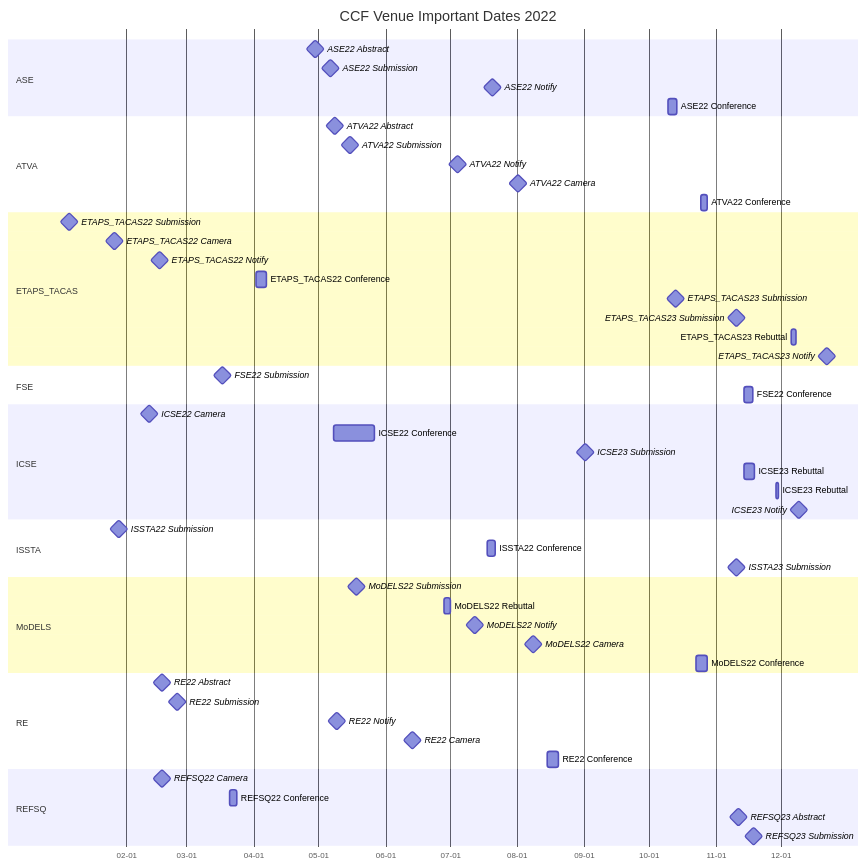
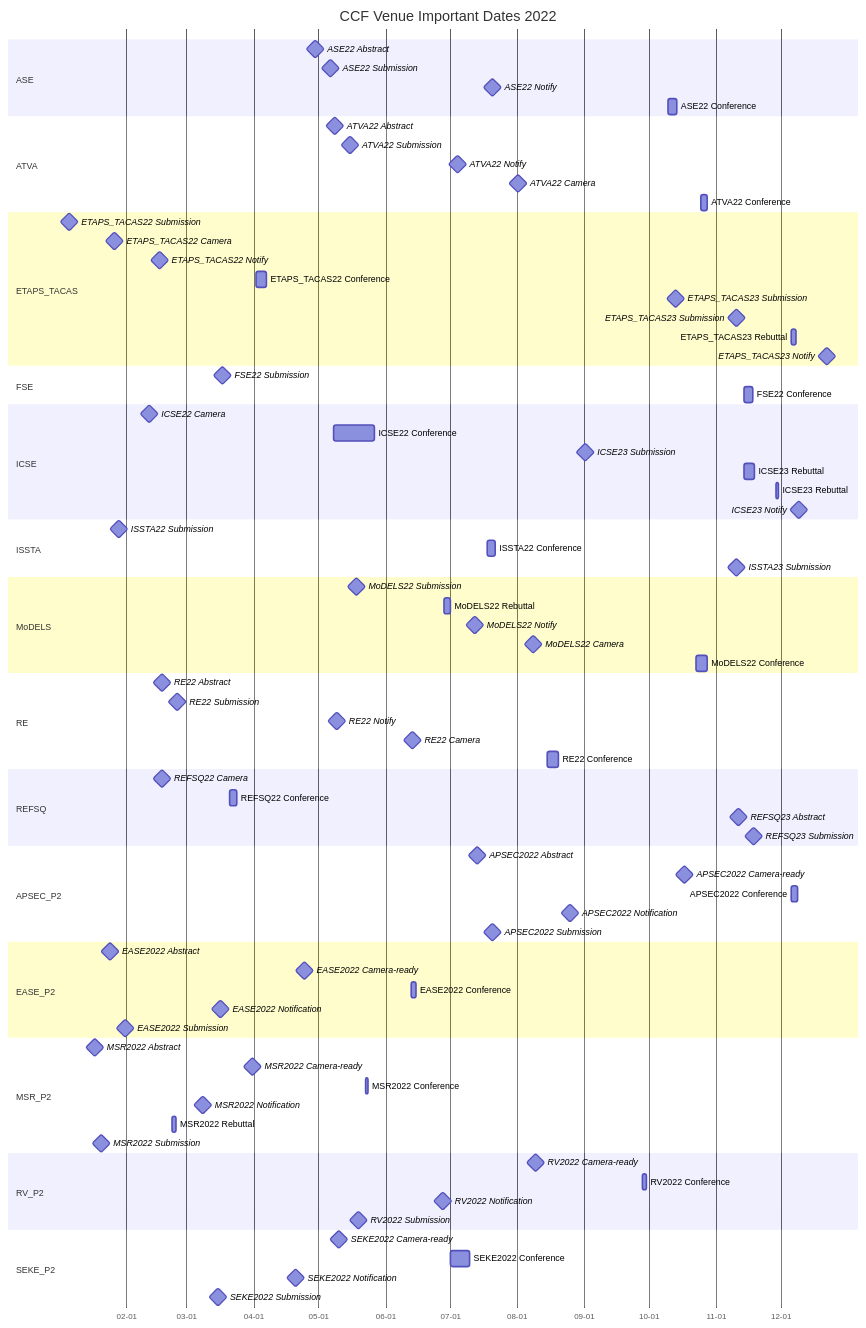
One commit to HansBug/research_ideas changed the seventh of 9 diagrams in ccf_venues/TIMELINE.md. Above: the diagram before and after it, drawn with Mermaid. The commit also changed other lines of this file and 44 other files, not shown here.

````diff
--- a/ccf_venues/TIMELINE.md
+++ b/ccf_venues/TIMELINE.md
@@ -918,4 +1185,38 @@
   REFSQ23 Abstract :milestone, refsq_2022_3_20221111, 2022-11-11, 1d
   REFSQ23 Submission :milestone, refsq_2022_4_20221118, 2022-11-18, 1d
 
+  section APSEC_P2
+  APSEC2022 Abstract :milestone, pr9_conf_c_apsec_2022_abstract_20220713, 2022-07-13, 1d
+  APSEC2022 Camera-ready :milestone, pr9_conf_c_apsec_2022_camera_ready_20221017, 2022-10-17, 1d
+  APSEC2022 Conference :pr9_conf_c_apsec_2022_conference_20221206, 2022-12-06, 2022-12-09
+  APSEC2022 Notification :milestone, pr9_conf_c_apsec_2022_notification_20220825, 2022-08-25, 1d
+  APSEC2022 Submission :milestone, pr9_conf_c_apsec_2022_submission_20220720, 2022-07-20, 1d
+
+  section EASE_P2
+  EASE2022 Abstract :milestone, pr9_conf_c_ease_2022_abstract_20220124, 2022-01-24, 1d
+  EASE2022 Camera-ready :milestone, pr9_conf_c_ease_2022_camera_ready_20220424, 2022-04-24, 1d
+  EASE2022 Conference :pr9_conf_c_ease_2022_conference_20220613, 2022-06-13, 2022-06-15
+  EASE2022 Notification :milestone, pr9_conf_c_ease_2022_notification_20220316, 2022-03-16, 1d
+  EASE2022 Submission :milestone, pr9_conf_c_ease_2022_submission_20220131, 2022-01-31, 1d
+
+  section MSR_P2
+  MSR2022 Abstract :milestone, pr9_conf_c_msr_2022_abstract_20220117, 2022-01-17, 1d
+  MSR2022 Camera-ready :milestone, pr9_conf_c_msr_2022_camera_ready_20220331, 2022-03-31, 1d
+  MSR2022 Conference :pr9_conf_c_msr_2022_conference_20220523, 2022-05-23, 2022-05-24
+  MSR2022 Notification :milestone, pr9_conf_c_msr_2022_notification_20220308, 2022-03-08, 1d
+  MSR2022 Rebuttal :pr9_conf_c_msr_2022_rebuttal_20220222, 2022-02-22, 2022-02-24
+  MSR2022 Submission :milestone, pr9_conf_c_msr_2022_submission_20220120, 2022-01-20, 1d
+
+  section RV_P2
+  RV2022 Camera-ready :milestone, pr9_conf_c_rv_2022_camera_ready_20220809, 2022-08-09, 1d
+  RV2022 Conference :pr9_conf_c_rv_2022_conference_20220928, 2022-09-28, 2022-09-30
+  RV2022 Notification :milestone, pr9_conf_c_rv_2022_notification_20220627, 2022-06-27, 1d
+  RV2022 Submission :milestone, pr9_conf_c_rv_2022_submission_20220519, 2022-05-19, 1d
+
+  section SEKE_P2
+  SEKE2022 Camera-ready :milestone, pr9_conf_c_seke_2022_camera_ready_20220510, 2022-05-10, 1d
+  SEKE2022 Conference :pr9_conf_c_seke_2022_conference_20220701, 2022-07-01, 2022-07-10
+  SEKE2022 Notification :milestone, pr9_conf_c_seke_2022_notification_20220420, 2022-04-20, 1d
+  SEKE2022 Submission :milestone, pr9_conf_c_seke_2022_submission_20220315, 2022-03-15, 1d
+
 ```
````
